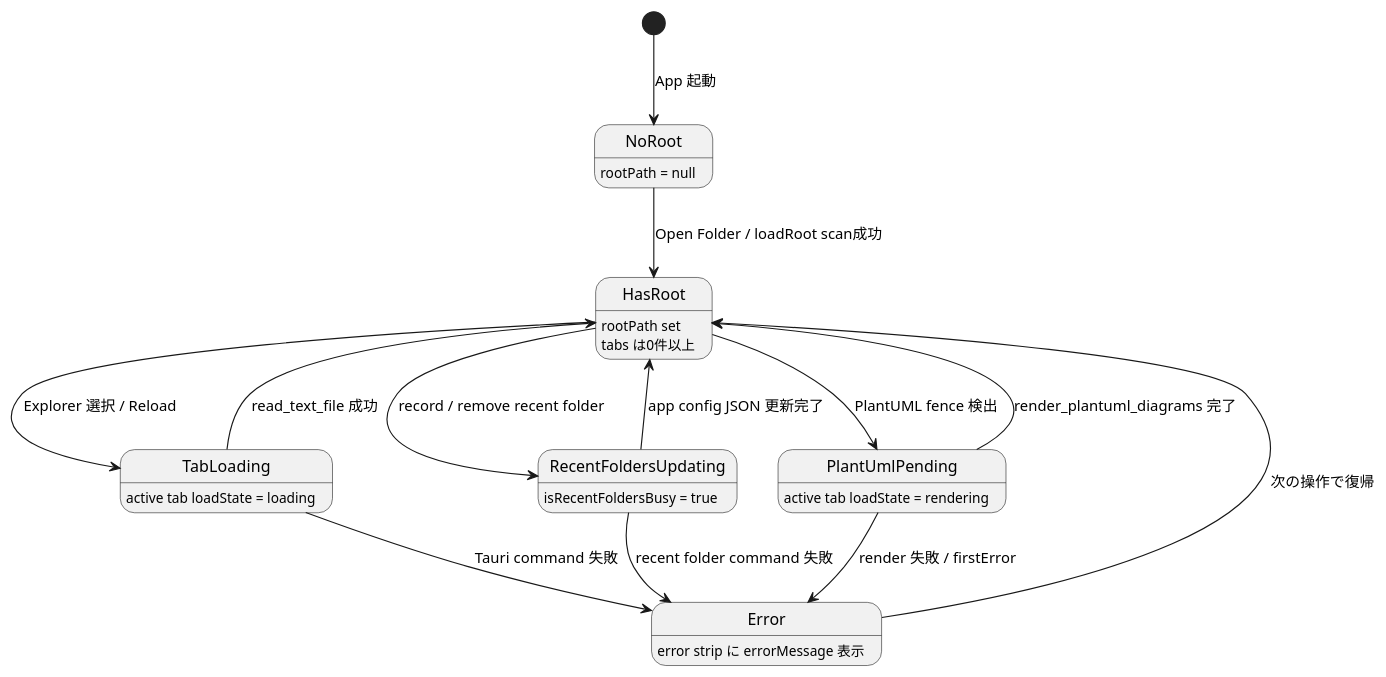
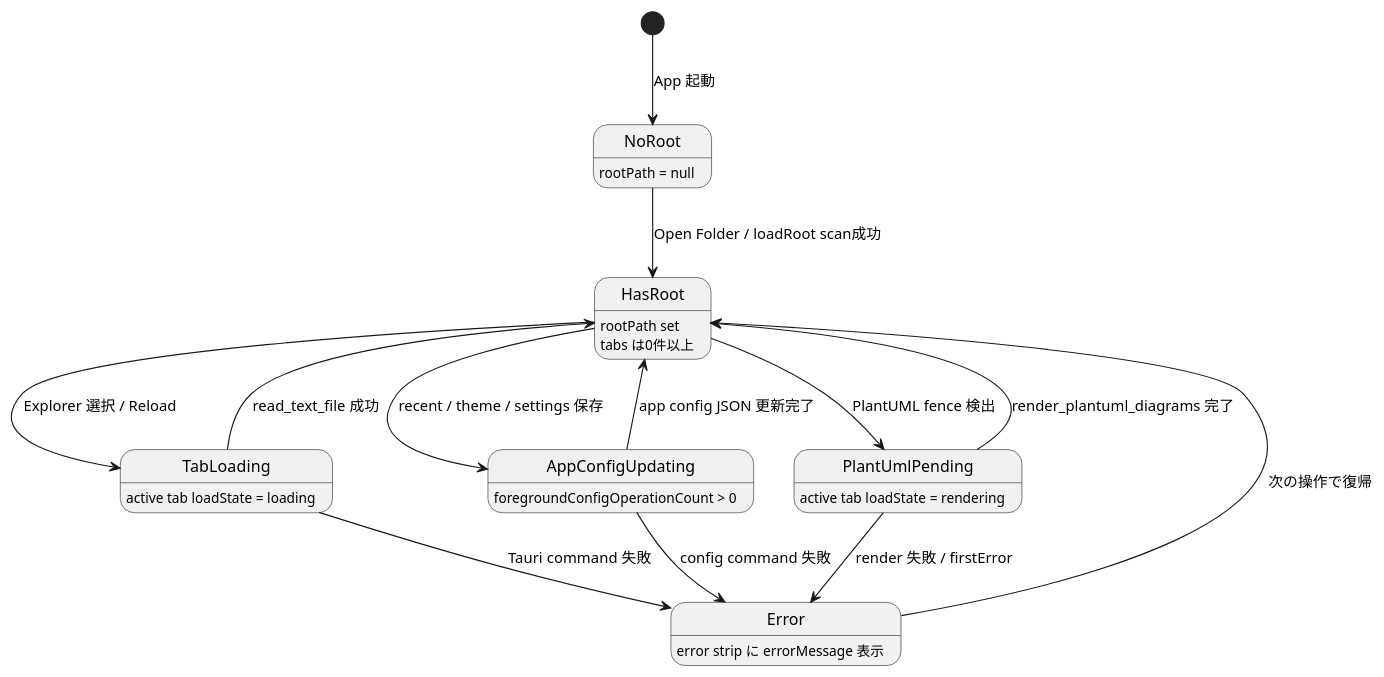
The third of 3 diagrams in docs/components/tauri_viewer/basic_design.md (an-embedded-engineer/MarkdownViewer), drawn with PlantUML before and after one commit. The commit also changed other lines of this file and 12 other files, not shown here.

````diff
--- a/docs/components/tauri_viewer/basic_design.md
+++ b/docs/components/tauri_viewer/basic_design.md
@@ -163,26 +177,26 @@
 ```plantuml
 @startuml
 skinparam shadowing false
 
 [*] --> NoRoot : App 起動
 
 state NoRoot : rootPath = null
 state HasRoot : rootPath set\ntabs は0件以上
 state TabLoading : active tab loadState = loading
-state RecentFoldersUpdating : isRecentFoldersBusy = true
+state AppConfigUpdating : foregroundConfigOperationCount > 0
 state PlantUmlPending : active tab loadState = rendering
 state Error : error strip に errorMessage 表示
 
 NoRoot --> HasRoot : Open Folder / loadRoot scan成功
 HasRoot --> TabLoading : Explorer 選択 / Reload
 TabLoading --> HasRoot : read_text_file 成功
 TabLoading --> Error : Tauri command 失敗
-HasRoot --> RecentFoldersUpdating : record / remove recent folder
-RecentFoldersUpdating --> HasRoot : app config JSON 更新完了
-RecentFoldersUpdating --> Error : recent folder command 失敗
+HasRoot --> AppConfigUpdating : recent / theme / settings 保存
+AppConfigUpdating --> HasRoot : app config JSON 更新完了
+AppConfigUpdating --> Error : config command 失敗
 HasRoot --> PlantUmlPending : PlantUML fence 検出
 PlantUmlPending --> HasRoot : render_plantuml_diagrams 完了
 PlantUmlPending --> Error : render 失敗 / firstError
 Error --> HasRoot : 次の操作で復帰
 @enduml
 ```
````
